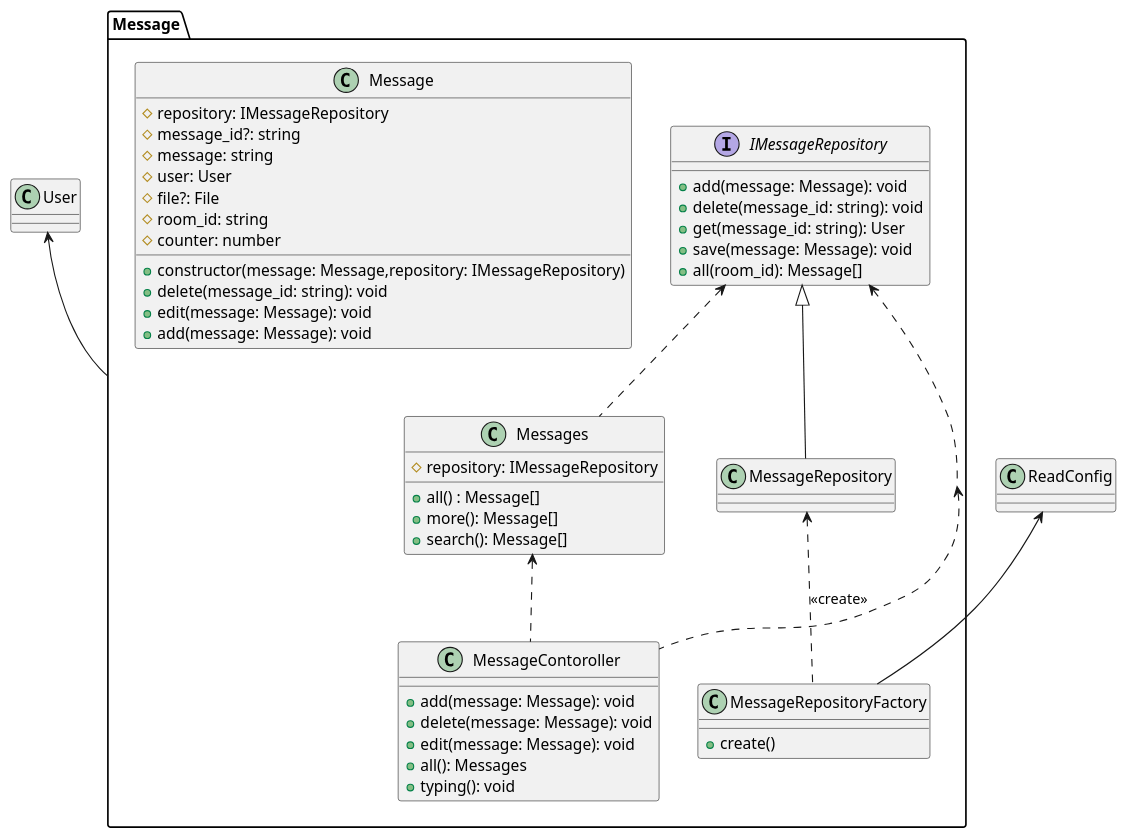
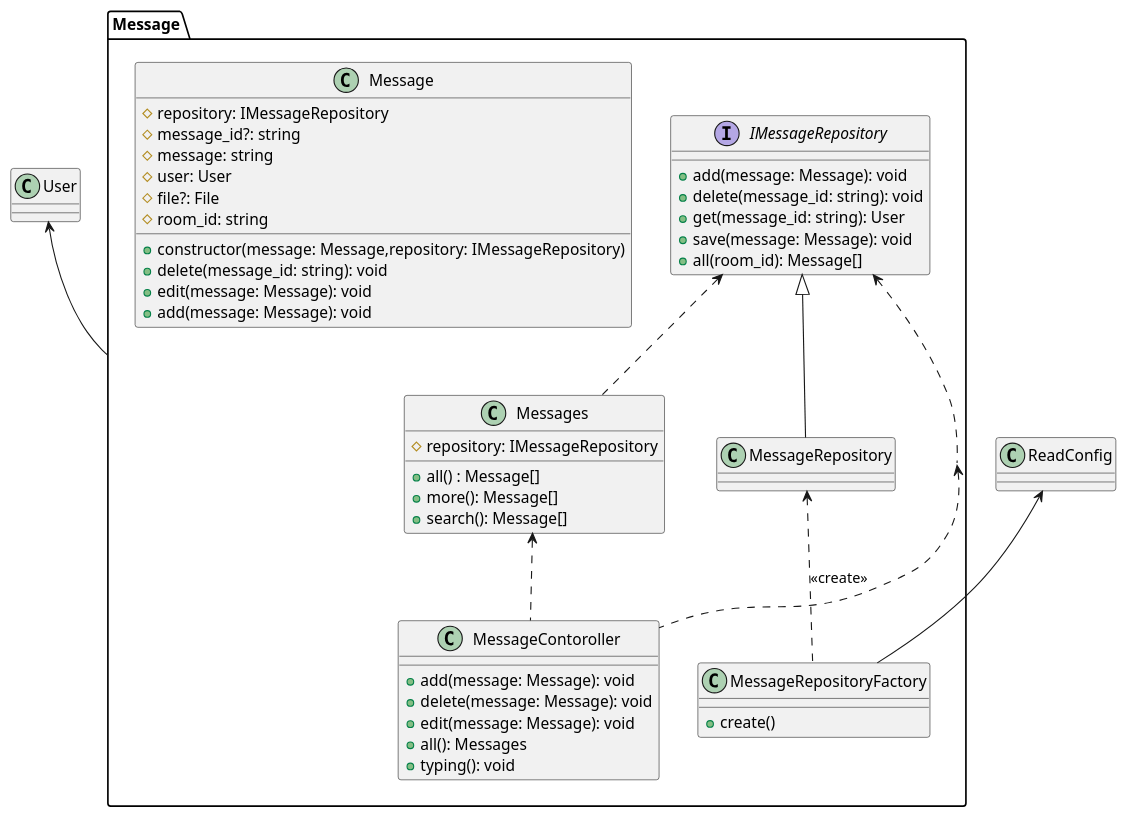
Before and after one commit to TOnodera/chatterman: the diagram in documents/plantUML/クラス図/サーバー/クラス図Message.wsd, drawn with PlantUML. The commit also changed 12 other files, not shown here.

```diff
--- a/documents/plantUML/クラス図/サーバー/クラス図Message.wsd
+++ b/documents/plantUML/クラス図/サーバー/クラス図Message.wsd
@@ -1,56 +1,56 @@
 @startuml
 package Message{
 
     Interface IMessageRepository{
         +add(message: Message): void
         +delete(message_id: string): void
         +get(message_id: string): User
         +save(message: Message): void
         +all(room_id): Message[]
     }
 
     class Message{
         #repository: IMessageRepository
         #message_id?: string
         #message: string
         #user: User
         #file?: File
         #room_id: string
-        #counter: number
+        
         +constructor(message: Message,repository: IMessageRepository)
         +delete(message_id: string): void
         +edit(message: Message): void
         +add(message: Message): void
     }
 
     class Messages{
         #repository: IMessageRepository
         +all() : Message[]
         +more(): Message[]
         +search(): Message[]
     }
 
     class MessageContoroller{
         +add(message: Message): void
         +delete(message: Message): void
         +edit(message: Message): void
         +all(): Messages
         +typing(): void
     }
 
     class MessageRepositoryFactory{
         +create()
     }
     class MessageRepository
 }
 
 MessageRepository <.. MessageRepositoryFactory: <<create>>
 Message <.. MessageContoroller
 Messages <.. MessageContoroller
 User <-- Message
 IMessageRepository <.. Message
 IMessageRepository <.. Messages
 ReadConfig <-- MessageRepositoryFactory
 IMessageRepository <|-- MessageRepository
 
 @enduml
```
